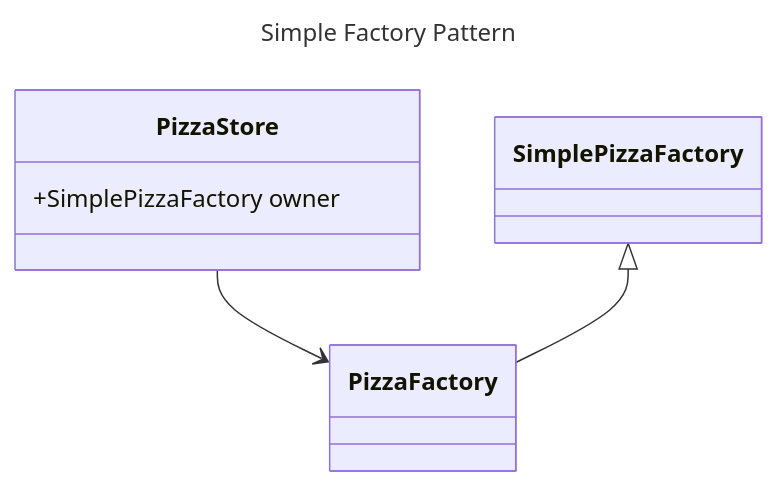
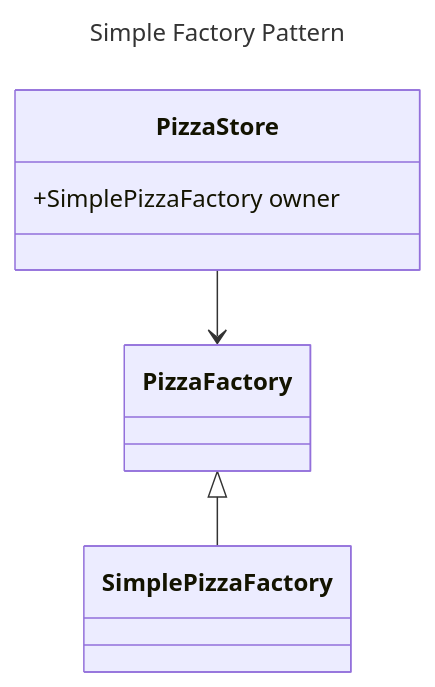
The diagram in FactoryPattern.md (sovan92/LowLevelDesignDocuments), drawn with Mermaid before and after one commit.

````diff
--- a/FactoryPattern.md
+++ b/FactoryPattern.md
@@ -5,16 +5,18 @@
 ```mermaid
 ---
 title: Simple Factory Pattern
 ---
 
 
 
 classDiagram
     class PizzaStore
     PizzaStore : +SimplePizzaFactory owner
     PizzaStore --> PizzaFactory
 
     class PizzaFactory
-    SimplePizzaFactory<|-- PizzaFactory
+
+    class SimplePizzaFactory
+    PizzaFactory<|--SimplePizzaFactory
 
 ```
````
